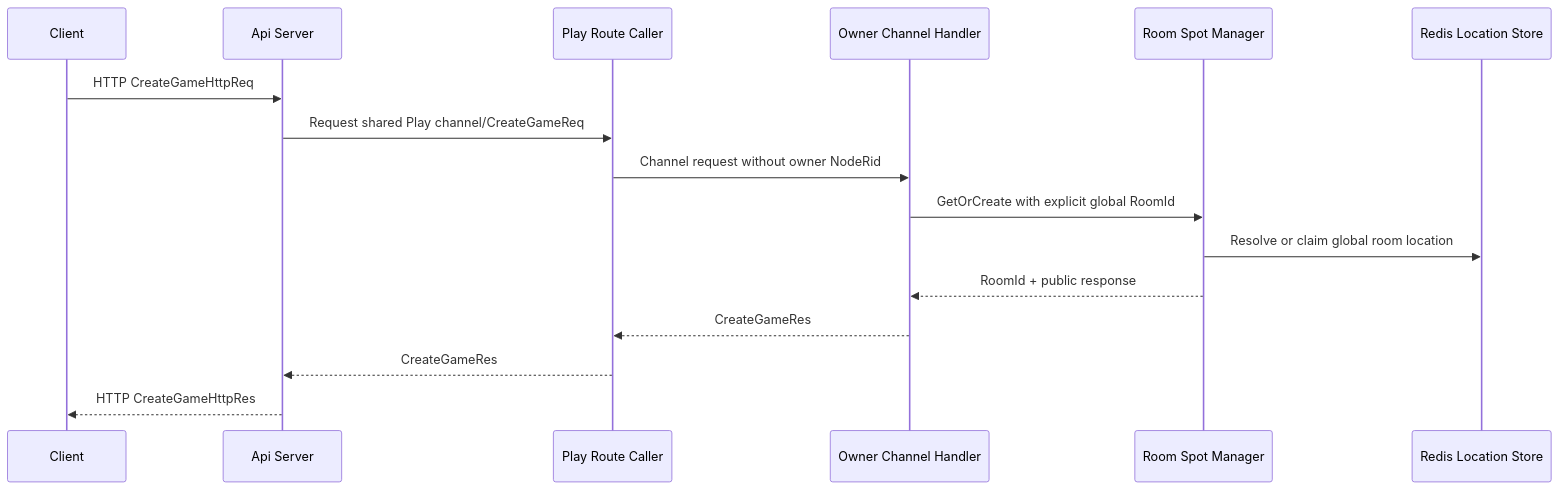
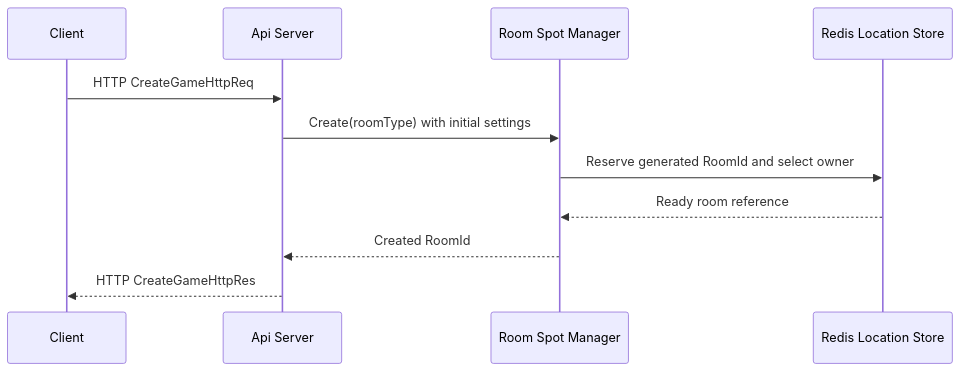
The second of 6 diagrams in framework/doc/framework/common/sample/tictactoe/README.ko.md (kairos-code-dev/zlink), drawn with Mermaid before and after one commit. The commit also changed other lines of this file and 1160 other files, not shown here.

````diff
--- a/framework/doc/framework/common/sample/tictactoe/README.ko.md
+++ b/framework/doc/framework/common/sample/tictactoe/README.ko.md
@@ -735,19 +702,14 @@
 ```mermaid
 sequenceDiagram
     participant C as Client
     participant API as Api Server
-    participant PLAYC as Play Route Caller
-    participant PLAYS as Owner Channel Handler
     participant ROOMS as Room Spot Manager
     participant REDIS as Redis Location Store
 
     C->>API: HTTP CreateGameHttpReq
-    API->>PLAYC: Request shared Play channel/CreateGameReq
-    PLAYC->>PLAYS: Channel request without owner NodeRid
-    PLAYS->>ROOMS: GetOrCreate with explicit global RoomId
-    ROOMS->>REDIS: Resolve or claim global room location
-    ROOMS-->>PLAYS: RoomId + public response
-    PLAYS-->>PLAYC: CreateGameRes
-    PLAYC-->>API: CreateGameRes
+    API->>ROOMS: Create(roomType) with initial settings
+    ROOMS->>REDIS: Reserve generated RoomId and select owner
+    REDIS-->>ROOMS: Ready room reference
+    ROOMS-->>API: Created RoomId
     API-->>C: HTTP CreateGameHttpRes
 ```
````
